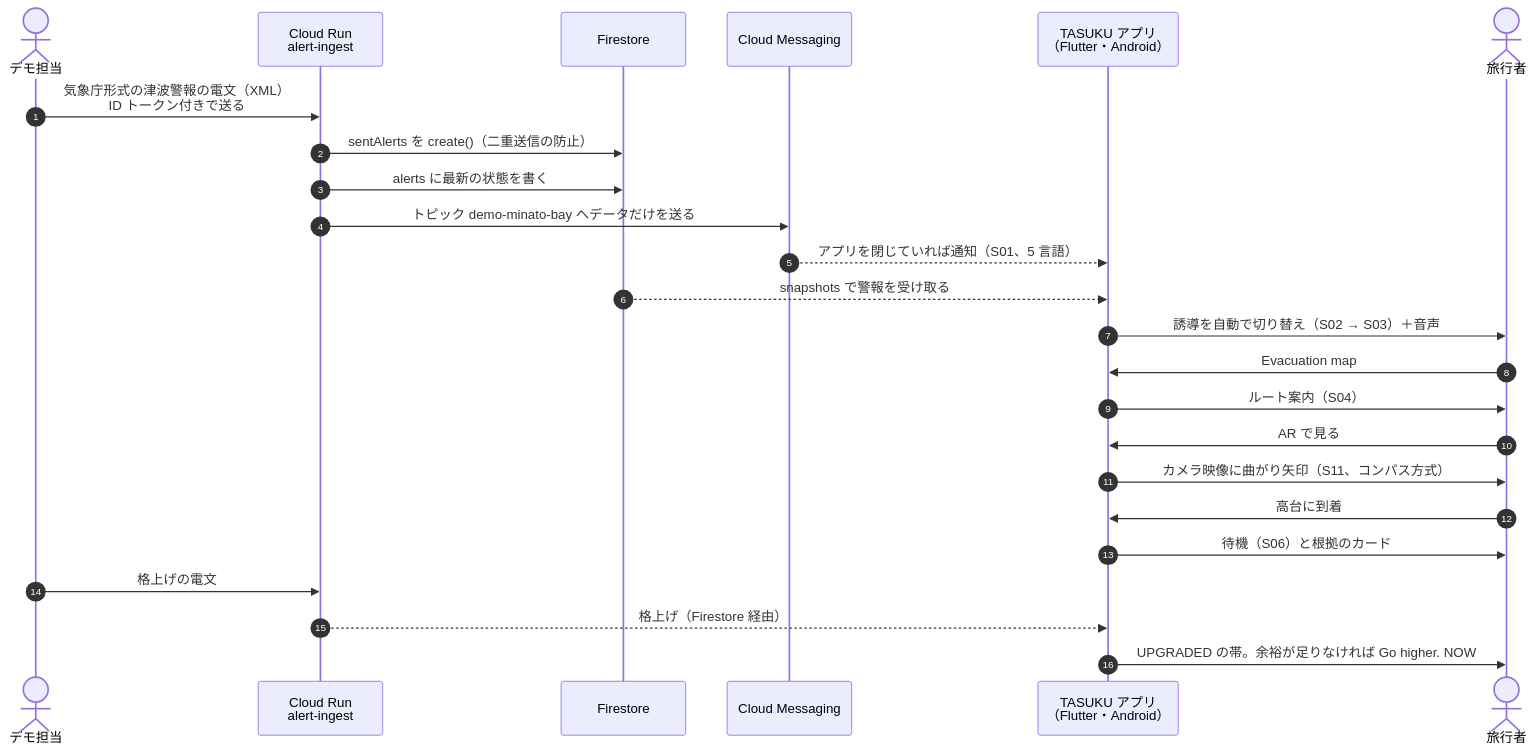
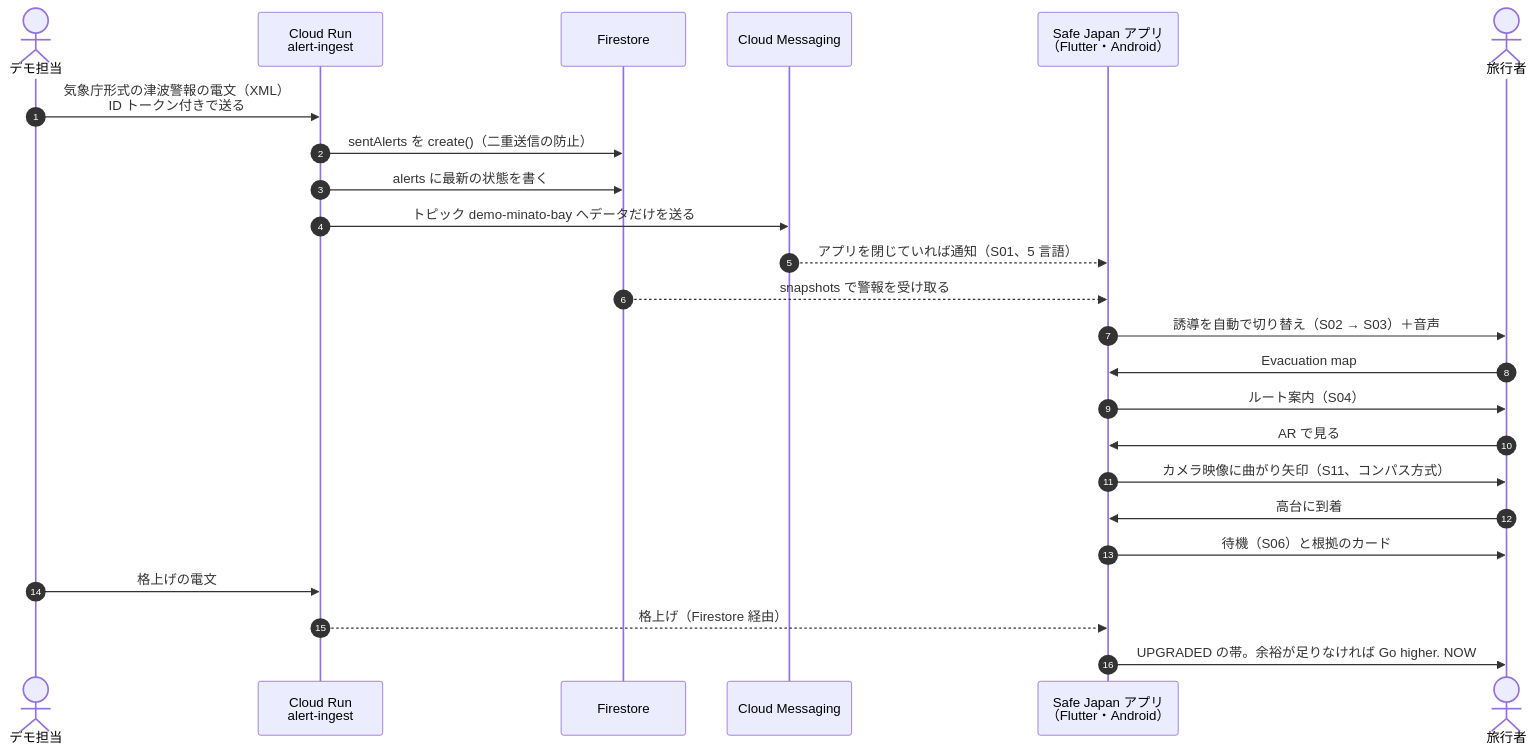
Before and after one commit to Devfest-Hackathon-2026/df-2026-t117: the first of 3 diagrams in README.md, drawn with Mermaid. The commit also changed other lines of this file and 36 other files, not shown here.

Commit message:
Safe Japan 提出版 v1.0.2（開発用リポジトリ develop 0979686 時点のファイル）

````diff
--- a/README.md
+++ b/README.md
@@ -51,27 +53,27 @@
 ```mermaid
 sequenceDiagram
   autonumber
   actor OP as デモ担当
   participant RUN as Cloud Run<br>alert-ingest
   participant FS as Firestore
   participant FCM as Cloud Messaging
-  participant APP as TASUKU アプリ<br>（Flutter・Android）
+  participant APP as Safe Japan アプリ<br>（Flutter・Android）
   actor U as 旅行者
 
   OP->>RUN: 気象庁形式の津波警報の電文（XML）<br>ID トークン付きで送る
   RUN->>FS: sentAlerts を create()（二重送信の防止）
   RUN->>FS: alerts に最新の状態を書く
   RUN->>FCM: トピック demo-minato-bay へデータだけを送る
   FCM-->>APP: アプリを閉じていれば通知（S01、5 言語）
   FS-->>APP: snapshots で警報を受け取る
   APP->>U: 誘導を自動で切り替え（S02 → S03）＋音声
   U->>APP: Evacuation map
   APP->>U: ルート案内（S04）
   U->>APP: AR で見る
   APP->>U: カメラ映像に曲がり矢印（S11、コンパス方式）
   U->>APP: 高台に到着
   APP->>U: 待機（S06）と根拠のカード
   OP->>RUN: 格上げの電文
   RUN-->>APP: 格上げ（Firestore 経由）
   APP->>U: UPGRADED の帯。余裕が足りなければ Go higher. NOW
 ```
````
